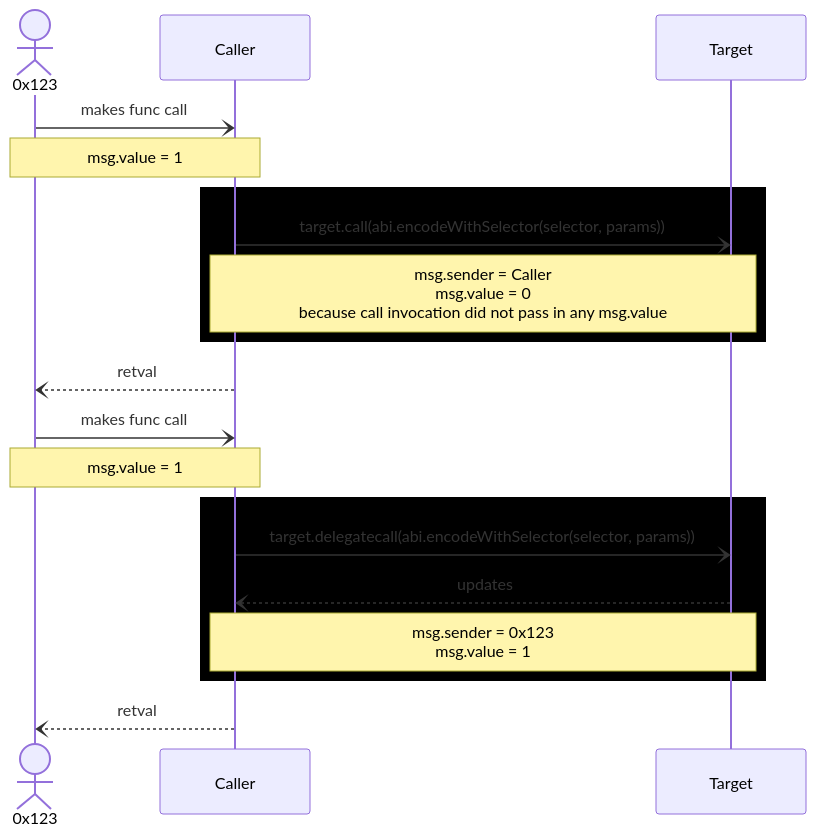
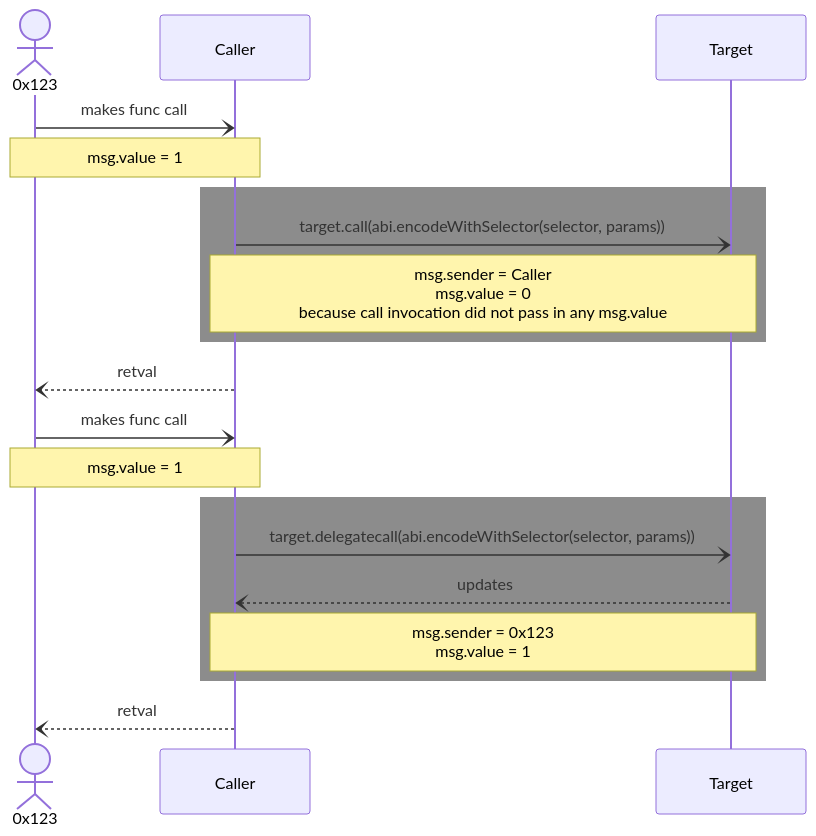
One commit to zeroxwhyzee/blockchain-ctf-writeups changed the first of 3 diagrams in ethernaut-ctf-2024/wombo-combo/README.md. Above: the diagram before and after it, drawn with Mermaid. The commit also changed other lines of this file, not shown here.

Commit message:
update rect rgb for sequence diagrams

````diff
--- a/ethernaut-ctf-2024/wombo-combo/README.md
+++ b/ethernaut-ctf-2024/wombo-combo/README.md
@@ -62,23 +62,23 @@
 ```mermaid
 
 sequenceDiagram
     Actor A as 0x123
     participant C as Caller
     participant T as Target
     A-)C: makes func call
     Note over A,C: msg.value = 1
-    rect rgb(0,0,0)
+    rect rgb(140, 140, 140)
     C-)T: target.call(abi.encodeWithSelector(selector, params))
     Note over C,T: msg.sender = Caller<br/> msg.value = 0<br/>because call invocation did not pass in any msg.value
     end
     C--)A: retval
     A-)C: makes func call
     Note over A,C: msg.value = 1
-    rect rgb(0,0,0)
+    rect rgb(140, 140, 140)
     C-)T: target.delegatecall(abi.encodeWithSelector(selector, params))
     T--)C: updates
     Note over C,T: msg.sender = 0x123<br/> msg.value = 1
     end
     C--)A: retval
 
 ```
````
